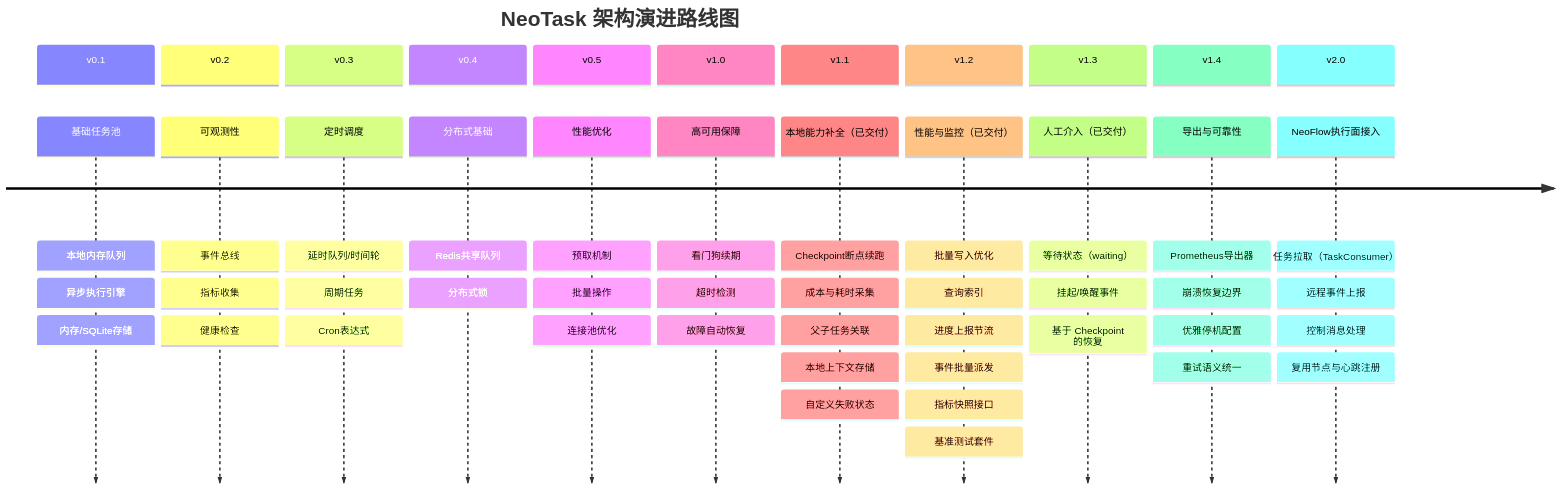
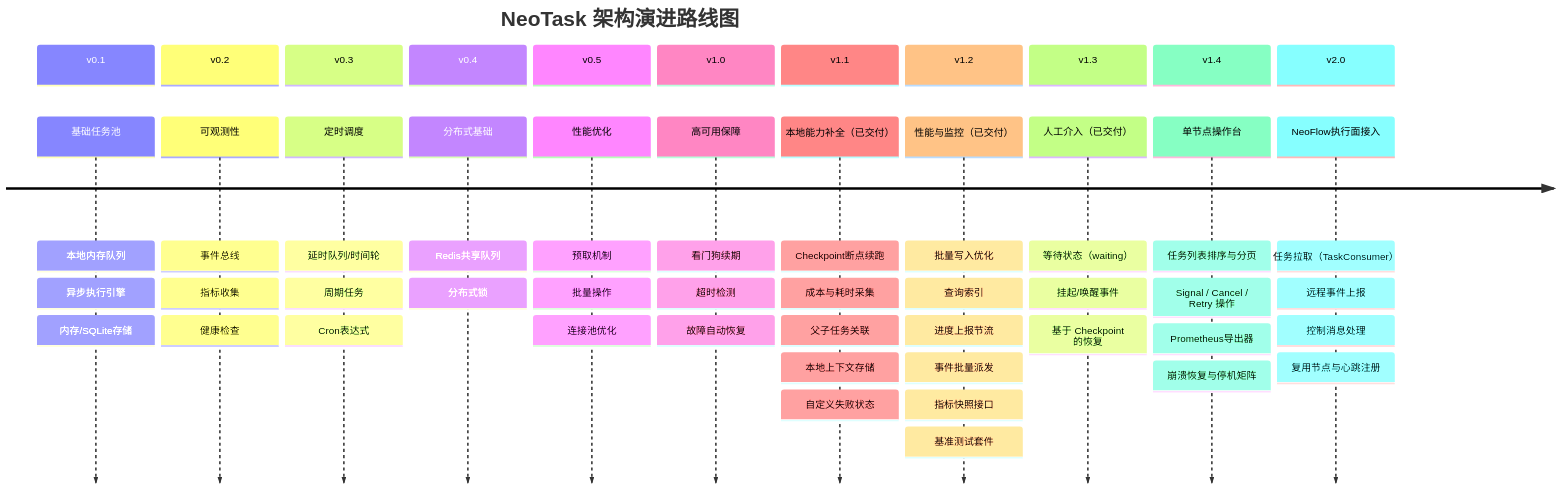
Before and after one commit to neopen/neotask: the second of 2 diagrams in README_zh.md, drawn with Mermaid. The commit also changed 1 other file, not shown here.

Commit message:
docs(readme): 同步 v1.4 路线图区块为操作台与列表语义
FR:
- README / README_zh 的 v1.4 timeline 区块由「导出与可靠性」改为
  「单节点操作台」：任务列表排序与分页、Signal / Cancel / Retry 操作、
  Prometheus 导出器、崩溃恢复与停机矩阵。
- 中英双语保持同一主题与条目顺序，与 roadmap 第五节对齐。

AC:
- 两个 timeline 图均通过 mermaid.parse 校验。
- 未改动安装、示例与 API 章节，仅路线图区块。

````diff
--- a/README_zh.md
+++ b/README_zh.md
@@ -150,65 +150,65 @@
 ```mermaid
 timeline
     title NeoTask 架构演进路线图
 
     section v0.1
         基础任务池 : 本地内存队列
                    : 异步执行引擎
                    : 内存/SQLite存储
 
     section v0.2
         可观测性 : 事件总线
                  : 指标收集
                  : 健康检查
 
     section v0.3
         定时调度 : 延时队列/时间轮
                  : 周期任务
                  : Cron表达式
 
     section v0.4
         分布式基础 : Redis共享队列
                    : 分布式锁
 
     section v0.5
         性能优化 : 预取机制
                  : 批量操作
                  : 连接池优化
 
     section v1.0
         高可用保障 : 看门狗续期
                    : 超时检测
                    : 故障自动恢复
 
     section v1.1
         本地能力补全（已交付） : Checkpoint断点续跑
                                : 成本与耗时采集
                                : 父子任务关联
                                : 本地上下文存储
                                : 自定义失败状态
 
     section v1.2
         性能与监控（已交付） : 批量写入优化
                    : 查询索引
                    : 进度上报节流
                    : 事件批量派发
                    : 指标快照接口
                    : 基准测试套件
 
     section v1.3
         人工介入（已交付） : 等待状态（waiting）
                  : 挂起/唤醒事件
                  : 基于 Checkpoint 的恢复
 
     section v1.4
-        导出与可靠性 : Prometheus导出器
-                     : 崩溃恢复边界
-                     : 优雅停机配置
-                     : 重试语义统一
+        单节点操作台 : 任务列表排序与分页
+                   : Signal / Cancel / Retry 操作
+                   : Prometheus导出器
+                   : 崩溃恢复与停机矩阵
 
     section v2.0
         NeoFlow执行面接入 : 任务拉取（TaskConsumer）
                                  : 远程事件上报
                                  : 控制消息处理
                                  : 复用节点与心跳注册
 ```
````
